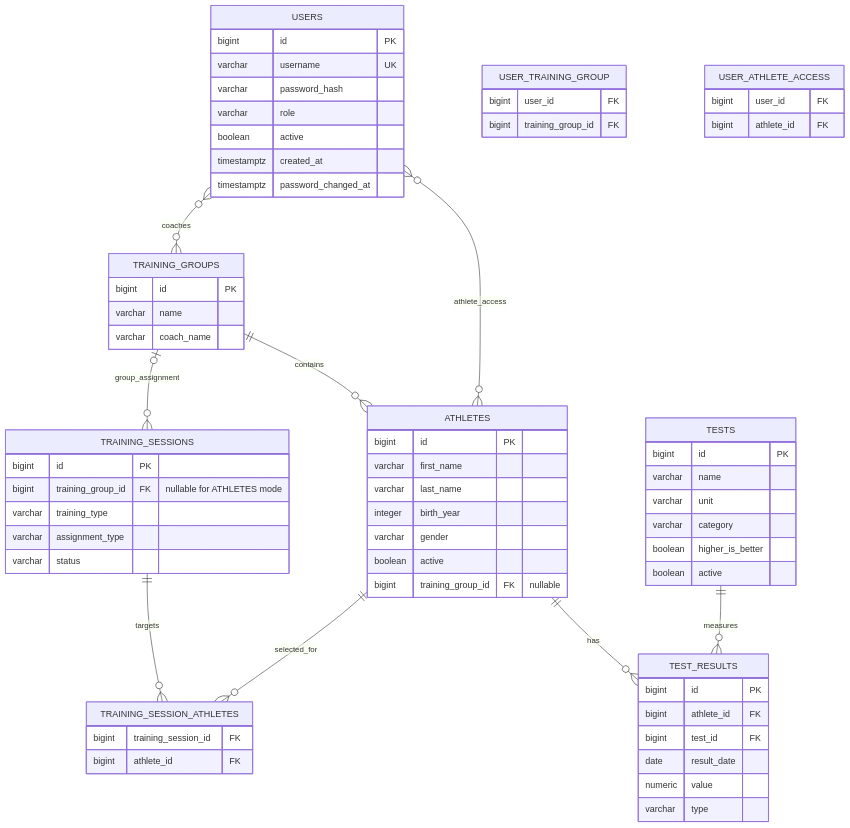
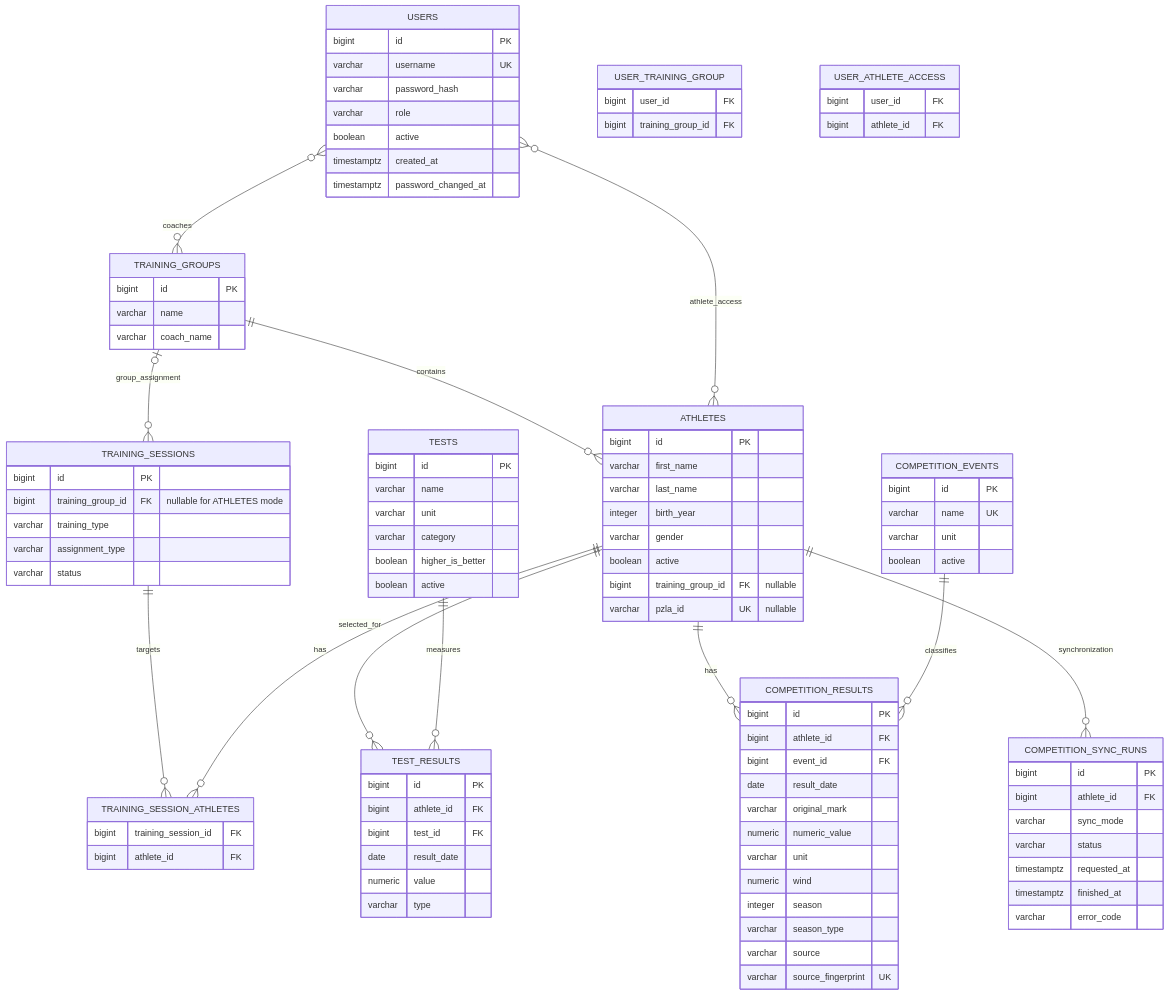
The diagram in docs/backend/data-model.md (maskrz/tfhub), drawn with Mermaid before and after one commit. The commit also changed other lines of this file and 93 other files, not shown here.

````diff
--- a/docs/backend/data-model.md
+++ b/docs/backend/data-model.md
@@ -70,6 +73,9 @@
     USERS }o--o{ ATHLETES : athlete_access
     ATHLETES ||--o{ TEST_RESULTS : has
     TESTS ||--o{ TEST_RESULTS : measures
+    ATHLETES ||--o{ COMPETITION_RESULTS : has
+    COMPETITION_EVENTS ||--o{ COMPETITION_RESULTS : classifies
+    ATHLETES ||--o{ COMPETITION_SYNC_RUNS : synchronization
 
     ATHLETES {
         bigint id PK
@@ -79,6 +85,7 @@
         varchar gender
         boolean active
         bigint training_group_id FK "nullable"
+        varchar pzla_id UK "nullable"
     }
 
     TESTS {
@@ -98,4 +105,36 @@
         numeric value
         varchar type
     }
+
+    COMPETITION_EVENTS {
+        bigint id PK
+        varchar name UK
+        varchar unit
+        boolean active
+    }
+
+    COMPETITION_RESULTS {
+        bigint id PK
+        bigint athlete_id FK
+        bigint event_id FK
+        date result_date
+        varchar original_mark
+        numeric numeric_value
+        varchar unit
+        numeric wind
+        integer season
+        varchar season_type
+        varchar source
+        varchar source_fingerprint UK
+    }
+
+    COMPETITION_SYNC_RUNS {
+        bigint id PK
+        bigint athlete_id FK
+        varchar sync_mode
+        varchar status
+        timestamptz requested_at
+        timestamptz finished_at
+        varchar error_code
+    }
 ```
````
